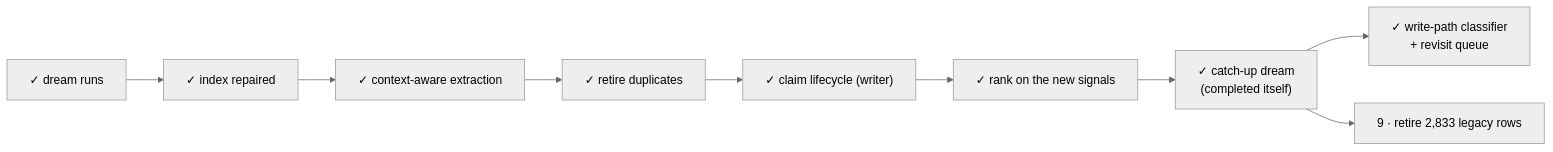
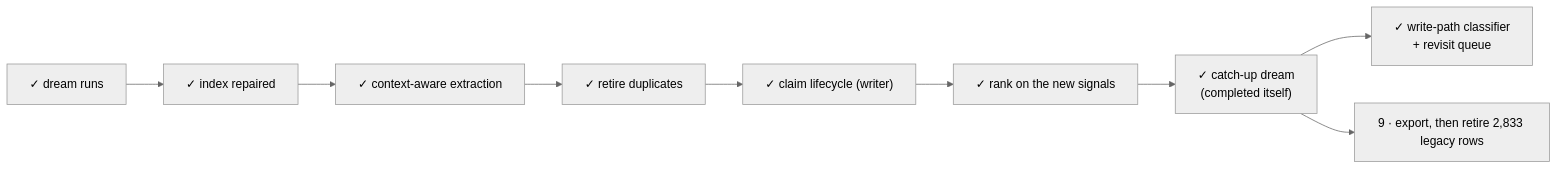
One commit to cyzus/suzent changed the fourth of 4 diagrams in docs/02-concepts/memory/architecture.md. Above: the diagram before and after it, drawn with Mermaid. The commit also changed other lines of this file and 3 other files, not shown here.

First line of the commit message:
feat(memory): legacy-row retirement script, export before delete

````diff
--- a/docs/02-concepts/memory/architecture.md
+++ b/docs/02-concepts/memory/architecture.md
@@ -157,12 +157,12 @@
 ```mermaid
 %%{init: {'theme':'neutral'}}%%
 flowchart LR
     D1["✓ dream runs"] --> D2["✓ index repaired"]
     D2 --> D3["✓ context-aware extraction"]
     D3 --> D4["✓ retire duplicates"]
     D4 --> D5["✓ claim lifecycle (writer)"]
     D5 --> N6["✓ rank on the new signals"]
     N6 --> N7["✓ catch-up dream<br/>(completed itself)"]
     N7 --> N8["✓ write-path classifier<br/>+ revisit queue"]
-    N7 --> N9["9 · retire 2,833 legacy rows"]
+    N7 --> N9["9 · export, then retire 2,833 legacy rows"]
 ```
````
